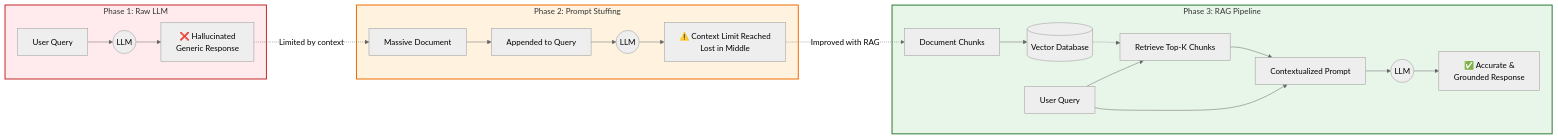
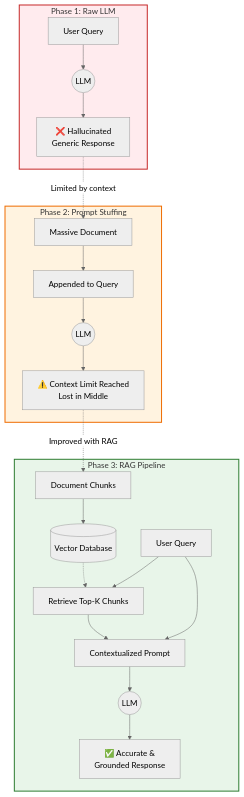
One commit to JoeChan852852/RAG changed the second of 3 diagrams in Outline_Module4.md. Above: the diagram before and after it, drawn with Mermaid (neutral theme). The commit also changed other lines of this file, not shown here.

````diff
--- a/Outline_Module4.md
+++ b/Outline_Module4.md
@@ -63,35 +63,35 @@
 ```mermaid
-flowchart LR
+flowchart TD
     %% Phase 1 - Raw LLM (leftmost)
     subgraph phase1 [Phase 1: Raw LLM]
         A1[User Query] --> A2((LLM))
         A2 --> A3["❌ Hallucinated<br>Generic Response"]
     end
 
     %% Phase 2 - Prompt Stuffing (middle)
     subgraph phase2 [Phase 2: Prompt Stuffing]
         B1[Massive Document] --> B2[Appended to Query]
         B2 --> B3((LLM))
         B3 --> B4["⚠️ Context Limit Reached<br>Lost in Middle"]
     end
 
     %% Phase 3 - RAG Pipeline (rightmost = best)
     subgraph phase3 [Phase 3: RAG Pipeline]
         C1[Document Chunks] --> C2[(Vector Database)]
         C3[User Query] --> C4[Retrieve Top-K Chunks]
         C2 -.-> C4
         C4 --> C5[Contextualized Prompt]
         C3 --> C5
         C5 --> C6((LLM))
         C6 --> C7["✅ Accurate &<br>Grounded Response"]
     end
 
     %% Explicit progression arrows (forces correct left-to-right order + shows evolution)
     A3 -.->|"Limited by context"| B1
     B4 -.->|"Improved with RAG"| C1
 
     %% Subgraph styling
     style phase1 fill:#ffebee,stroke:#c62828,stroke-width:2px
     style phase2 fill:#fff3e0,stroke:#ef6c00,stroke-width:2px
     style phase3 fill:#e8f5e9,stroke:#2e7d32,stroke-width:2px
 ```
````
